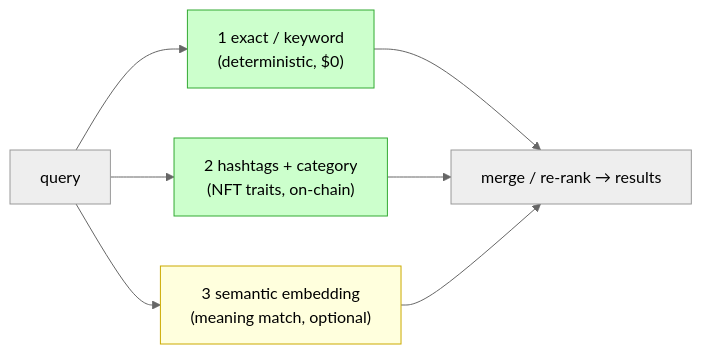
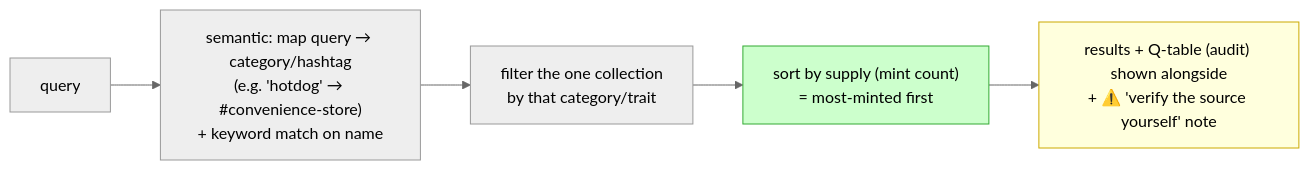
The first of 4 diagrams in plans/search.md (IQCoreTeam/AgentNet), drawn with Mermaid (neutral theme) before and after one commit. The commit also changed other lines of this file and 11 other files, not shown here.

First line of the commit message:
Merge skill docs into skill-nft-structure; restructure reputation; fix vision docs

````diff
--- a/plans/search.md
+++ b/plans/search.md
@@ -19,12 +23,9 @@
 ```mermaid
 flowchart LR
-    Q["query"] --> L1["1 exact / keyword<br/>(deterministic, $0)"]
-    Q --> L2["2 hashtags + category<br/>(NFT traits, on-chain)"]
-    Q --> L3["3 semantic embedding<br/>(meaning match, optional)"]
-    L1 --> M["merge / re-rank → results"]
-    L2 --> M
-    L3 --> M
-    style L1 fill:#cfc,stroke:#3a3
-    style L2 fill:#cfc,stroke:#3a3
-    style L3 fill:#ffd,stroke:#ca0
+    Q["query"] --> SEM["semantic: map query → category/hashtag<br/>(e.g. 'hotdog' → #convenience-store)<br/>+ keyword match on name"]
+    SEM --> FILT["filter the one collection<br/>by that category/trait"]
+    FILT --> SORT["sort by supply (mint count)<br/>= most-minted first"]
+    SORT --> R["results + Q-table (audit) shown alongside<br/>+ ⚠️ 'verify the source yourself' note"]
+    style SORT fill:#cfc,stroke:#3a3
+    style R fill:#ffd,stroke:#ca0
 ```
````
